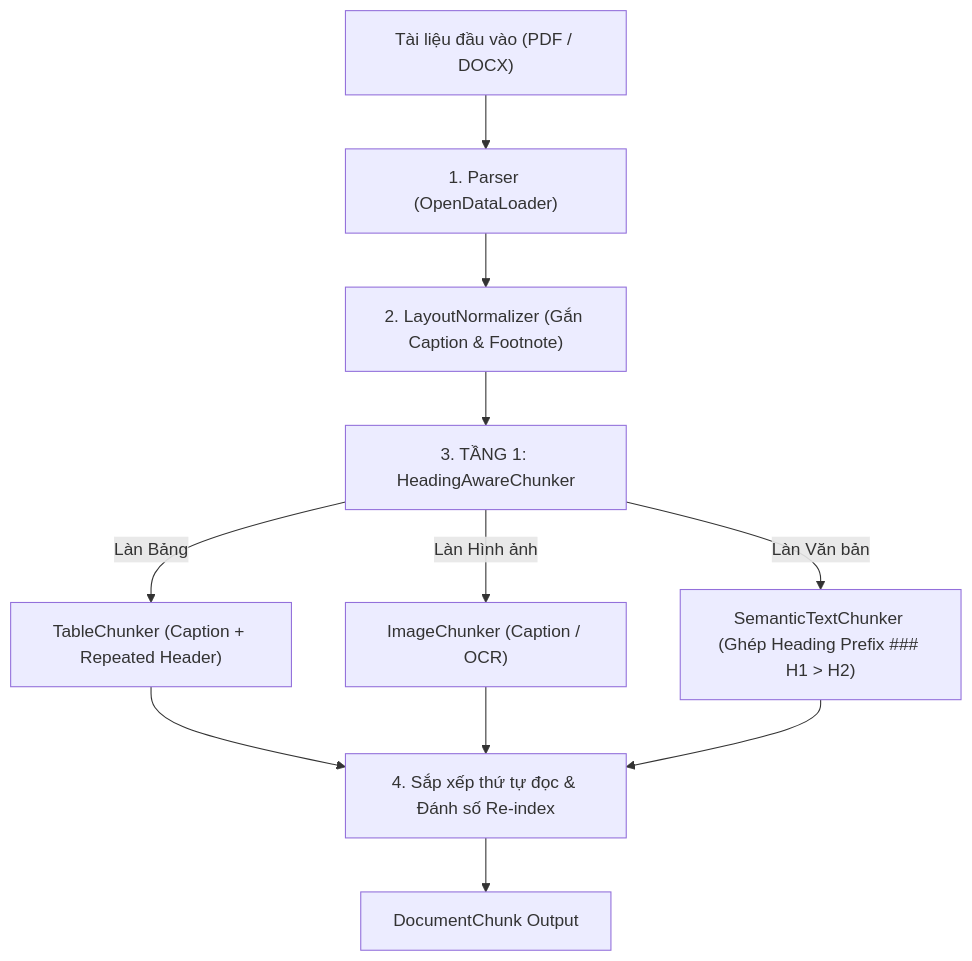
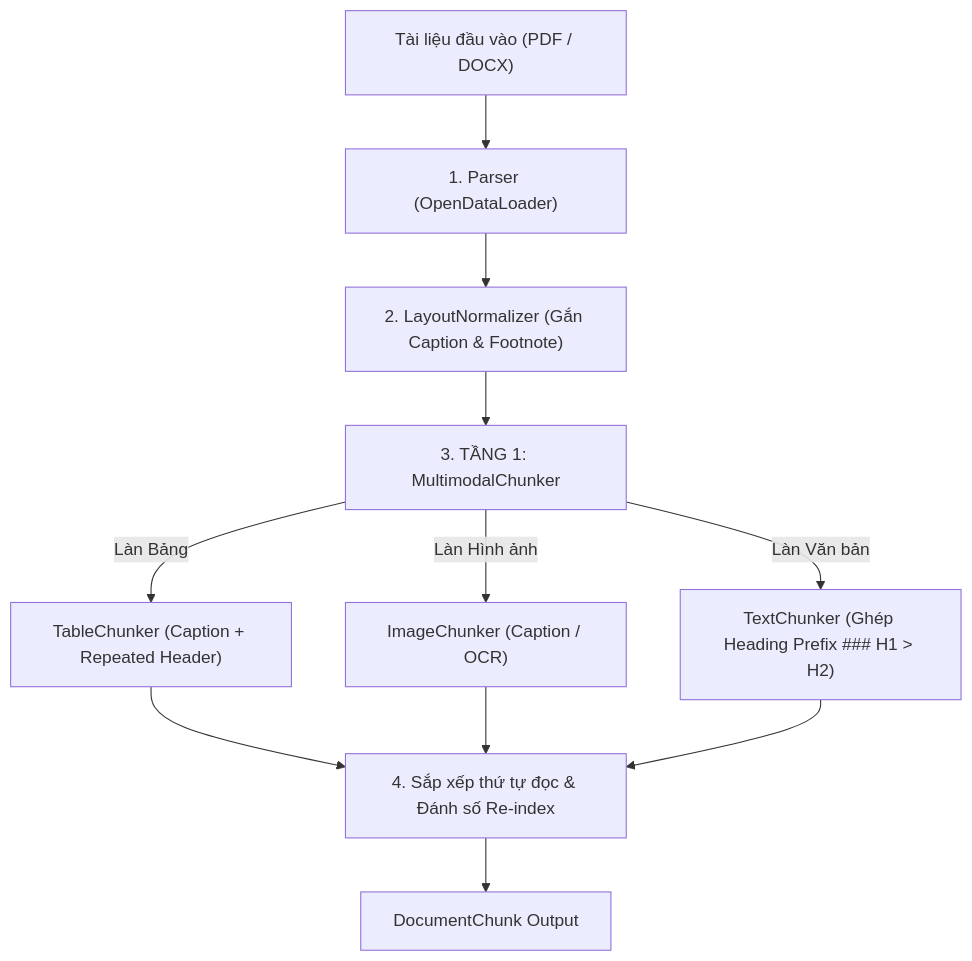
The diagram in docs/chunking_implementation_report.md (NDQuynh259/ragflow-api), drawn with Mermaid before and after one commit. The commit also changed other lines of this file and 17 other files, not shown here.

First line of the commit message:
Refactor chunking architecture: Rename HeadingAwareChunker to MultimodalChunker

````diff
--- a/docs/chunking_implementation_report.md
+++ b/docs/chunking_implementation_report.md
@@ -13,16 +13,16 @@
 ```mermaid
 flowchart TD
     PDF["Tài liệu đầu vào (PDF / DOCX)"] --> Parser["1. Parser (OpenDataLoader)"]
     Parser --> Normalizer["2. LayoutNormalizer (Gắn Caption & Footnote)"]
-    Normalizer --> Macro["3. TẦNG 1: HeadingAwareChunker"]
+    Normalizer --> Macro["3. TẦNG 1: MultimodalChunker"]
     
     Macro -->|"Làn Bảng"| LaneTable["TableChunker (Caption + Repeated Header)"]
     Macro -->|"Làn Hình ảnh"| LaneImage["ImageChunker (Caption / OCR)"]
-    Macro -->|"Làn Văn bản"| LaneText["SemanticTextChunker (Ghép Heading Prefix ### H1 > H2)"]
+    Macro -->|"Làn Văn bản"| LaneText["TextChunker (Ghép Heading Prefix ### H1 > H2)"]
     
     LaneTable --> SortIndex["4. Sắp xếp thứ tự đọc & Đánh số Re-index"]
     LaneImage --> SortIndex
     LaneText --> SortIndex
     
     SortIndex --> Output["DocumentChunk Output"]
 ```
````
